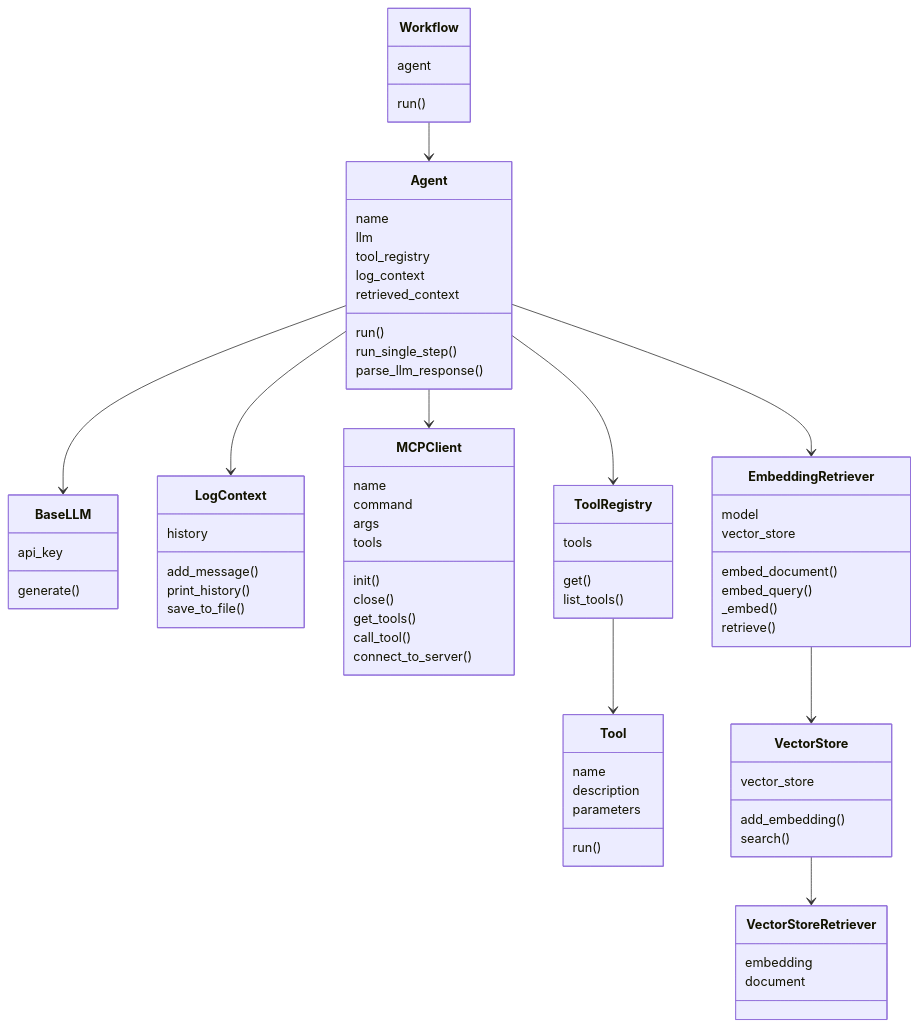
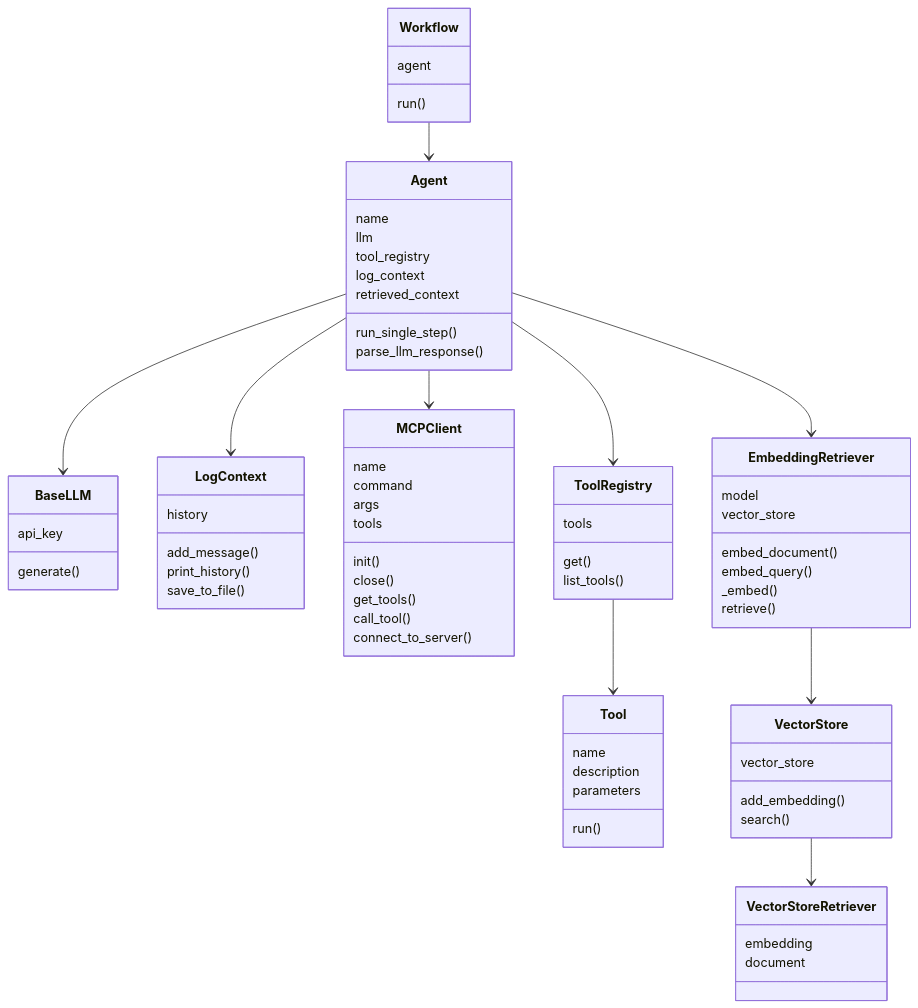
Before and after one commit to BV003/ArgoAgent: the diagram in README.md, drawn with Mermaid. The commit also changed 1 other file, not shown here.

```diff
--- a/README.md
+++ b/README.md
@@ -86,7 +86,7 @@
         tool_registry
         log_context
         retrieved_context
-        run()
+
         run_single_step()
         parse_llm_response()
     }
```
